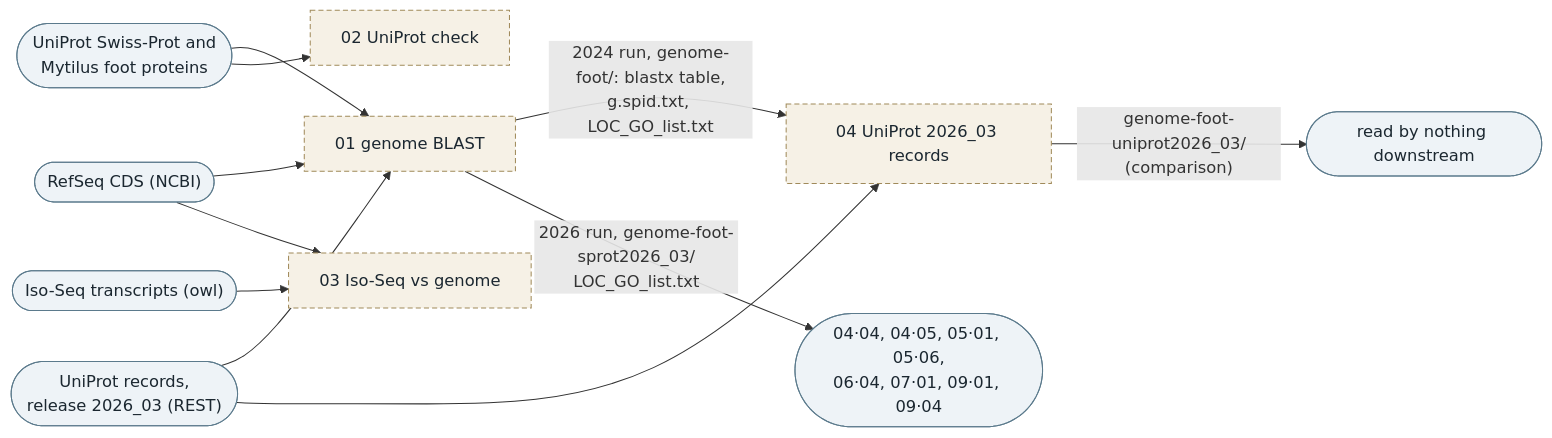
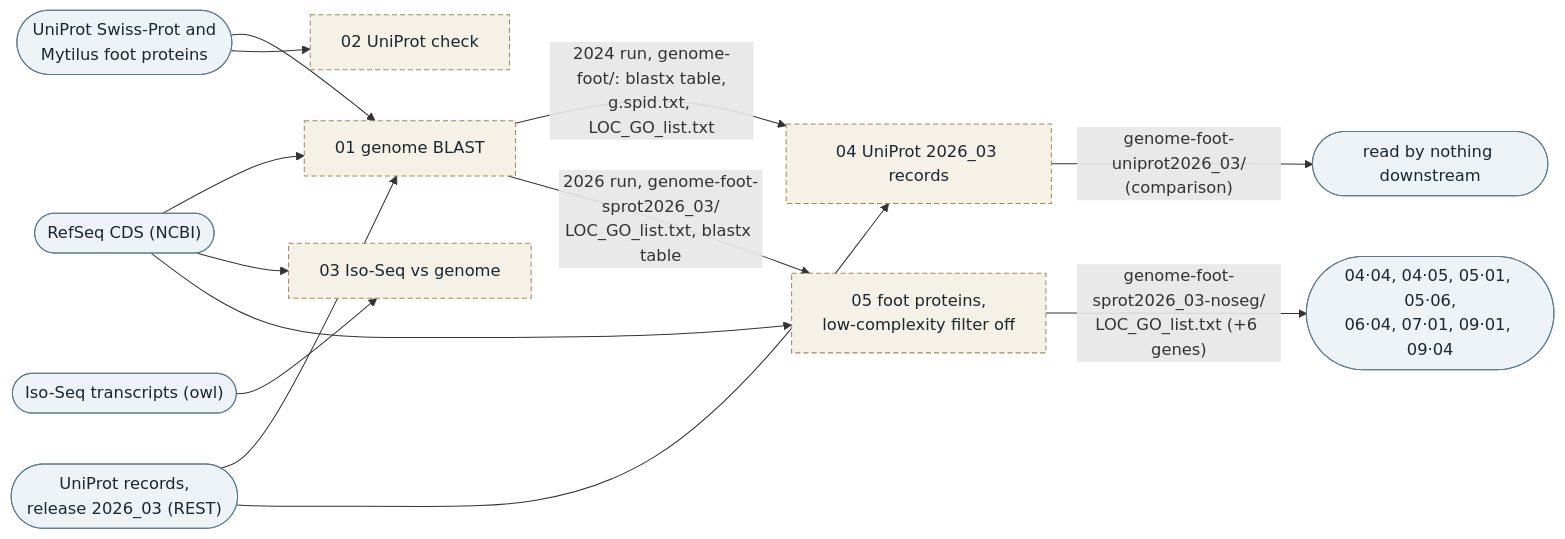
The third of 9 diagrams in README.md (mattgeorgephd/PSMFC-mytilus-byssus-pilot), drawn with Mermaid before and after one commit. The commit also changed other lines of this file and 19 other files, not shown here.

````diff
--- a/README.md
+++ b/README.md
@@ -235,25 +237,28 @@
 ```mermaid
 flowchart LR
   ncbi(["RefSeq CDS (NCBI)"])
   uni(["UniProt Swiss-Prot and<br>Mytilus foot proteins"])
   iso(["Iso-Seq transcripts (owl)"])
   rec(["UniProt records,<br>release 2026_03 (REST)"])
   b1["01 genome BLAST"]
   b2["02 UniProt check"]
   b3["03 Iso-Seq vs genome"]
   b4["04 UniProt 2026_03 records"]
+  b5["05 foot proteins,<br>low-complexity filter off"]
   ncbi --> b1
   uni --> b1
   uni --> b2
   iso --> b3
   ncbi --> b3
   rec --> b1
   b1 -- "2024 run, genome-foot/: blastx table,<br>g.spid.txt, LOC_GO_list.txt" --> b4
   rec --> b4
   b4 -- "genome-foot-uniprot2026_03/<br>(comparison)" --> cmp(["read by nothing downstream"])
-  b1 -- "2026 run, genome-foot-sprot2026_03/<br>LOC_GO_list.txt" --> out(["04·04, 04·05, 05·01, 05·06,<br>06·04, 07·01, 09·01, 09·04"])
+  b1 -- "2026 run, genome-foot-sprot2026_03/<br>LOC_GO_list.txt, blastx table" --> b5
+  ncbi --> b5
+  b5 -- "genome-foot-sprot2026_03-noseg/<br>LOC_GO_list.txt (+6 genes)" --> out(["04·04, 04·05, 05·01, 05·06,<br>06·04, 07·01, 09·01, 09·04"])
   classDef ext fill:#eef3f7,stroke:#5b7a8c,color:#1b2730
   classDef off fill:#f6f1e6,stroke:#a08a5a,stroke-dasharray:5 3,color:#1b2730
   class ncbi,uni,iso,rec,out,cmp ext
-  class b1,b2,b3,b4 off
+  class b1,b2,b3,b4,b5 off
 ```
````
